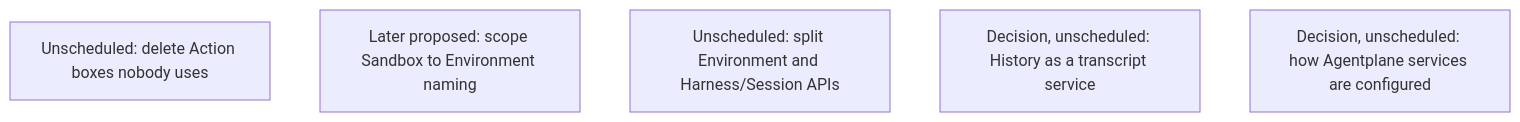
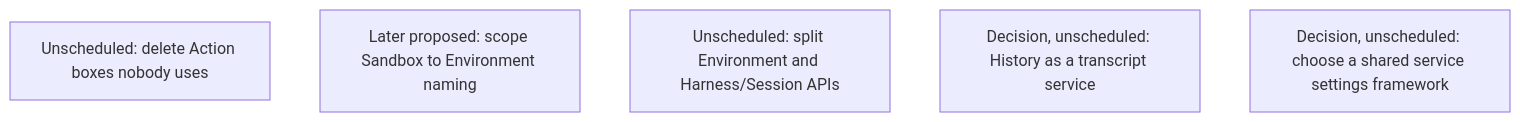
Diagram 11 of 19 in agentplane/plans/task_dag.md (agentydragon/ducktape), drawn with Mermaid before and after one commit. The commit also changed other lines of this file, not shown here.

Commit message:
Track the Agentplane settings framework design decision

````diff
--- a/agentplane/plans/task_dag.md
+++ b/agentplane/plans/task_dag.md
@@ -2175,8 +2175,8 @@
 ```mermaid
 flowchart TD
     ACTION_BOX_IDLE_REAPER[Unscheduled: delete Action boxes nobody uses]
     SANDBOX_ENVIRONMENT_RENAME_DESIGN[Later proposed: scope Sandbox to Environment naming]
     ENVIRONMENT_RUNTIME_SERVICE_SPLIT[Unscheduled: split Environment and Harness/Session APIs]
     HISTORY_SERVICE_RENAME[Decision, unscheduled: History as a transcript service]
-    SERVICE_SETTINGS_RETHINK[Decision, unscheduled: how Agentplane services are configured]
+    SERVICE_SETTINGS_RETHINK[Decision, unscheduled: choose a shared service settings framework]
 ```
````
